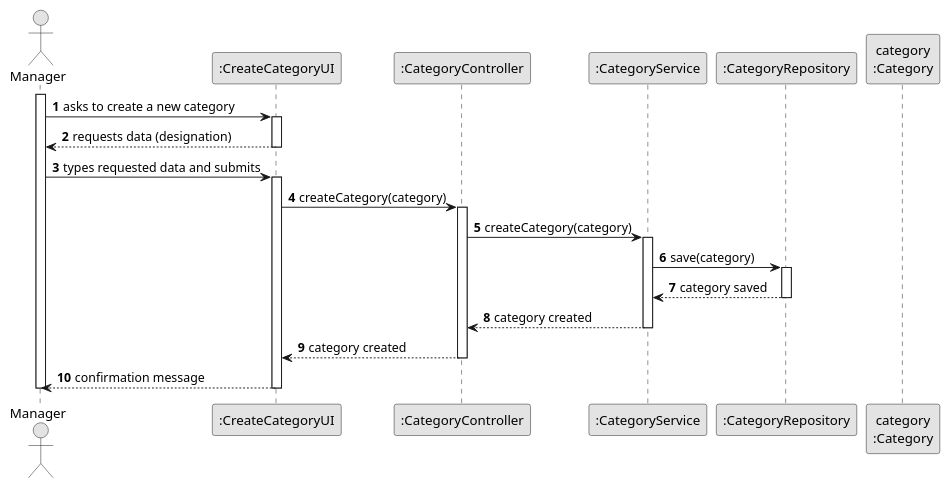
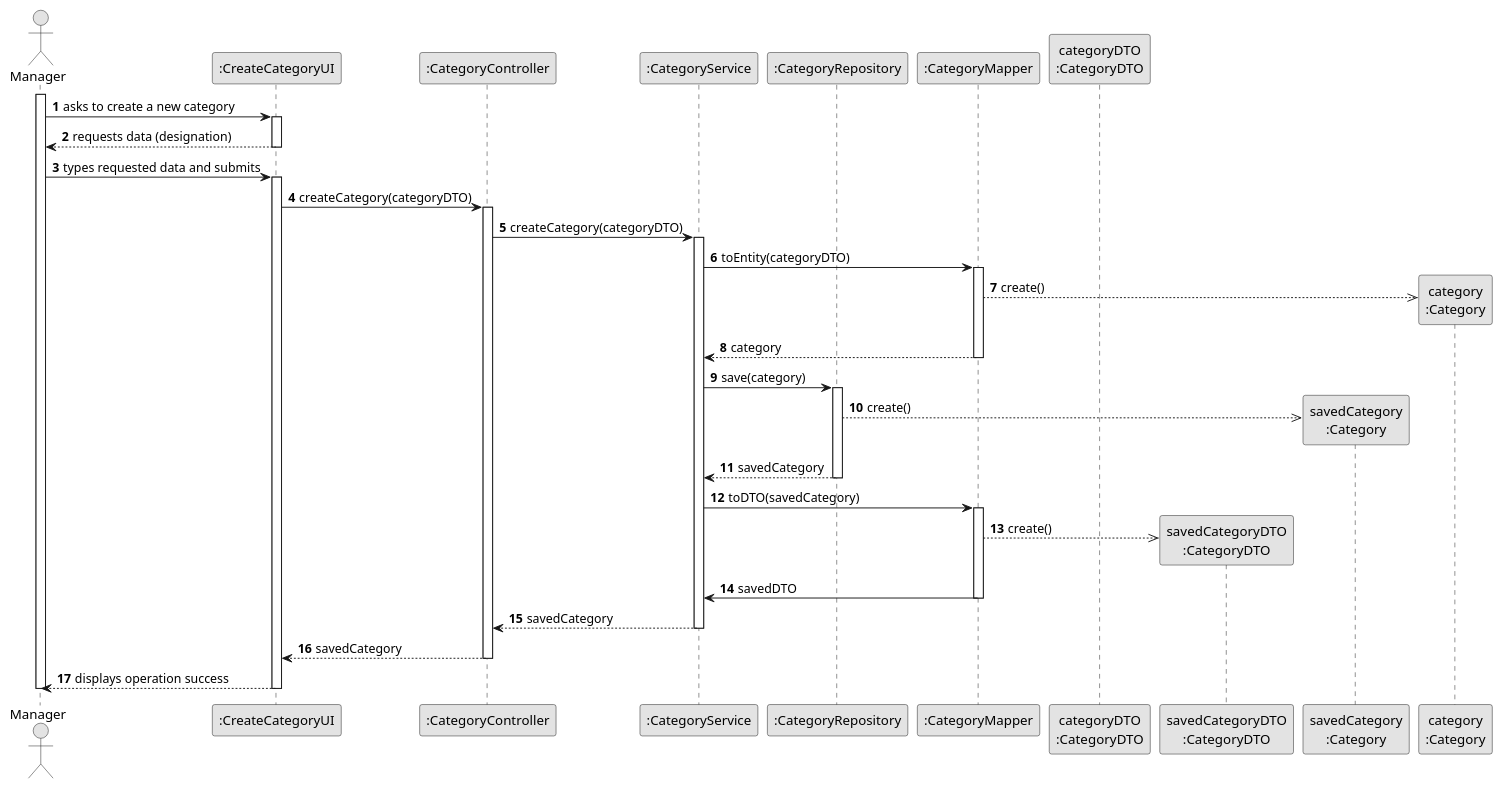
The diagram in Docs/US03/03-design/US03-SD.puml (vivianeaalmeida/ComeAndGet), drawn with PlantUML before and after one commit. The commit also changed 2 other files, not shown here.

```diff
--- a/Docs/US03/03-design/US03-SD.puml
+++ b/Docs/US03/03-design/US03-SD.puml
@@ -1,49 +1,74 @@
 @startuml
 skinparam monochrome true
 skinparam packageStyle rectangle
 skinparam shadowing false
 
 autonumber
 
 actor Manager as M
 participant ":CreateCategoryUI" as UI
 participant ":CategoryController" as CTRL
 participant ":CategoryService" as SERV
 participant ":CategoryRepository" as REPO
+participant ":CategoryMapper" as MAPPER
+
+participant "categoryDTO\n:CategoryDTO" as DTO
+participant "savedCategoryDTO\n:CategoryDTO" as SAVEDDTO
+
+
+participant "savedCategory\n:Category" as SAVEDCATEGORY
+
 participant "category\n:Category" as CATEGORY
 
 activate M
 
     M -> UI : asks to create a new category
     activate UI
 
         UI --> M : requests data (designation)
     deactivate UI
 
     M -> UI : types requested data and submits
     activate UI
 
-        UI -> CTRL : createCategory(category)
+        UI -> CTRL : createCategory(categoryDTO)
         activate CTRL
 
-            CTRL -> SERV : createCategory(category)
+            CTRL -> SERV : createCategory(categoryDTO)
             activate SERV
 
+                    SERV -> MAPPER : toEntity(categoryDTO)
+                activate MAPPER
+
+                    MAPPER -->> CATEGORY**: create()
+
+                    MAPPER --> SERV : category
+                deactivate MAPPER
                 SERV -> REPO : save(category)
+
                 activate REPO
 
-                    REPO --> SERV : category saved
+                    REPO -->> SAVEDCATEGORY**: create()
+
+                    REPO --> SERV : savedCategory
                 deactivate REPO
 
-                SERV --> CTRL : category created
+                SERV -> MAPPER : toDTO(savedCategory)
+                activate MAPPER
+                MAPPER -->> SAVEDDTO**: create()
+
+                MAPPER -> SERV : savedDTO
+                deactivate MAPPER
+
+                SERV --> CTRL : savedCategory
             deactivate SERV
 
-            CTRL --> UI : category created
+            CTRL --> UI : savedCategory
         deactivate CTRL
 
-        UI --> M : confirmation message
+        UI --> M : displays operation success
     deactivate UI
 
 deactivate M
 
 @enduml
```
